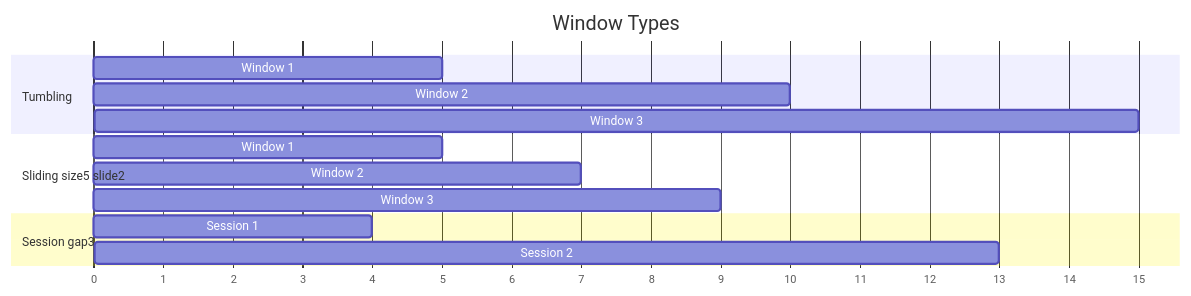
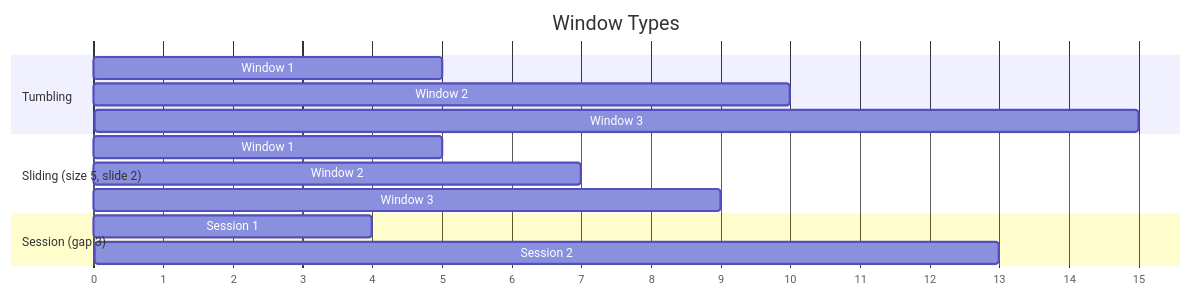
One commit to spawn08/system-design-interview changed the eighth of 11 diagrams in docs/advanced/message_queues.md. Above: the diagram before and after it, drawn with Mermaid. The commit also changed other lines of this file and 1740 other files, not shown here.

First line of the commit message:
Add new Mermaid diagrams for consensus algorithms and data consistency models

````diff
--- a/docs/advanced/message_queues.md
+++ b/docs/advanced/message_queues.md
@@ -539,20 +539,20 @@
 ```mermaid
 gantt
     title Window Types
     dateFormat X
     axisFormat %s
 
     section Tumbling
-    Window 1 :0, 5
-    Window 2 :5, 10
-    Window 3 :10, 15
+    Window 1 :w1, 0, 5
+    Window 2 :w2, 5, 10
+    Window 3 :w3, 10, 15
 
-    section Sliding size5 slide2
-    Window 1 :0, 5
-    Window 2 :2, 7
-    Window 3 :4, 9
+    section Sliding (size 5, slide 2)
+    Window 1 :sw1, 0, 5
+    Window 2 :sw2, 2, 7
+    Window 3 :sw3, 4, 9
 
-    section Session gap3
-    Session 1 :0, 4
-    Session 2 :8, 13
+    section Session (gap 3)
+    Session 1 :ss1, 0, 4
+    Session 2 :ss2, 8, 13
 ```
````
